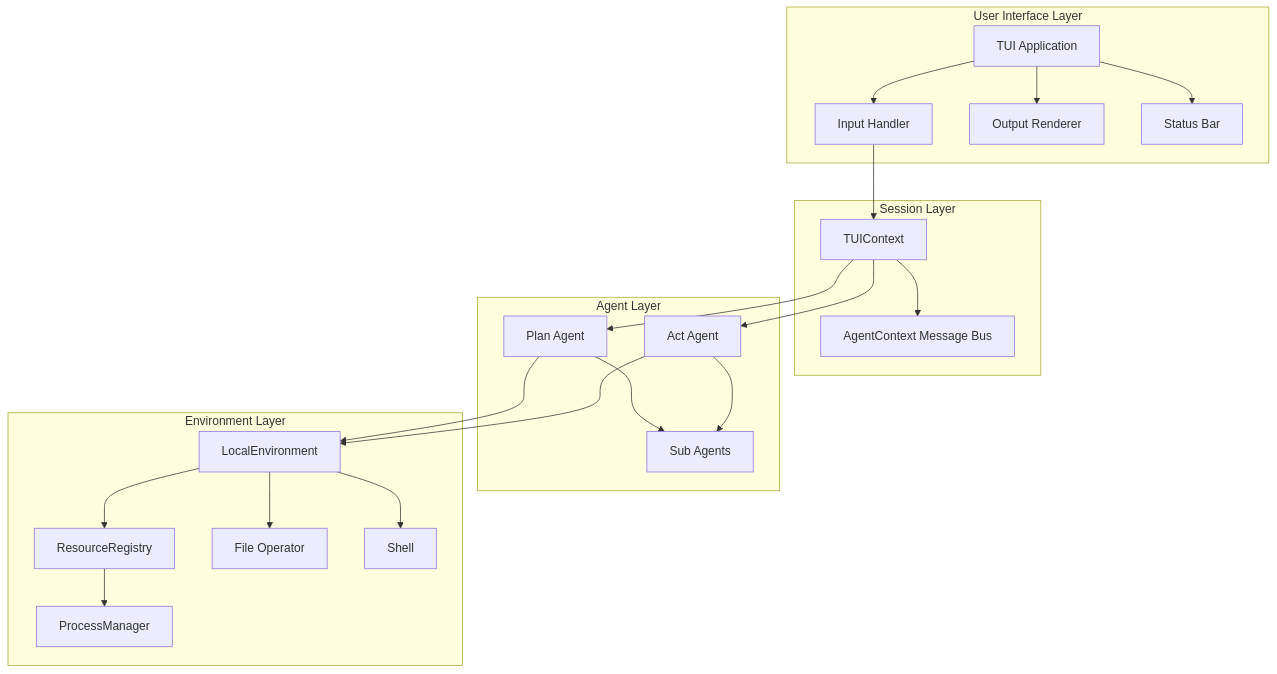
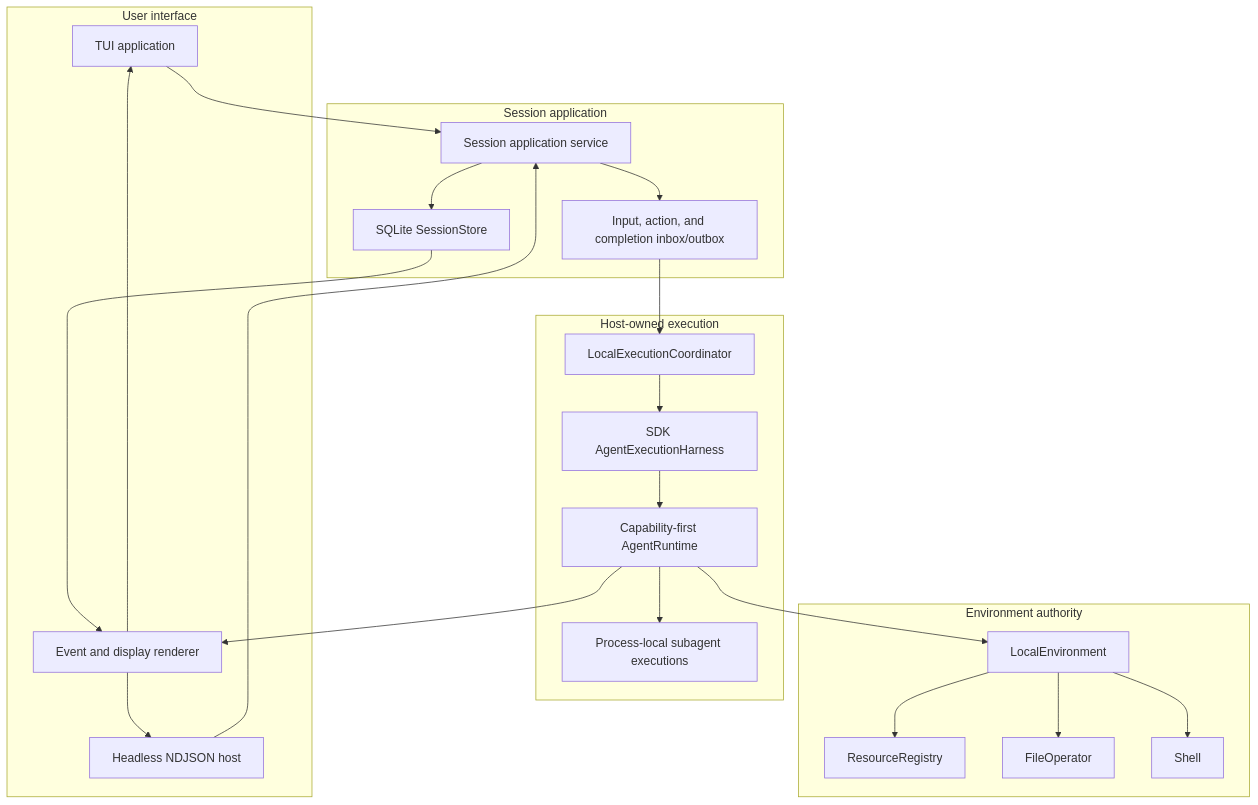
The diagram in packages/yaacli/spec/00-overview.md (Wh1isper/ya-agent-sdk), drawn with Mermaid before and after one commit. The commit also changed other lines of this file and 446 other files, not shown here.

First line of the commit message:
feat(runtime): introduce capability-first agent runtime 2.0 (#396)

````diff
--- a/packages/yaacli/spec/00-overview.md
+++ b/packages/yaacli/spec/00-overview.md
@@ -19,44 +22,45 @@
 ```mermaid
-graph TB
-    subgraph "User Interface Layer"
-        TUI[TUI Application]
-        Input[Input Handler]
-        Output[Output Renderer]
-        StatusBar[Status Bar]
+flowchart TB
+    subgraph UI[User interface]
+        TUI[TUI application]
+        Headless[Headless NDJSON host]
+        Render[Event and display renderer]
     end
 
-    subgraph "Session Layer"
-        TUIContext[TUIContext]
-        MessageBus[AgentContext Message Bus]
+    subgraph Product[Session application]
+        Service[Session application service]
+        Store[SQLite SessionStore]
+        Inbox[Input, action, and completion inbox/outbox]
     end
 
-    subgraph "Agent Layer"
-        PlanAgent[Plan Agent]
-        ActAgent[Act Agent]
-        SubAgents[Sub Agents]
+    subgraph Execution[Host-owned execution]
+        Coordinator[LocalExecutionCoordinator]
+        Harness[SDK AgentExecutionHarness]
+        Runtime[Capability-first AgentRuntime]
+        Children[Process-local subagent executions]
     end
 
-    subgraph "Environment Layer"
+    subgraph Environment[Environment authority]
         LocalEnv[LocalEnvironment]
         Resources[ResourceRegistry]
-        ProcessManager[ProcessManager]
-        FileOperator[File Operator]
+        FileOperator[FileOperator]
         Shell[Shell]
     end
 
-    TUI --> Input
-    TUI --> Output
-    TUI --> StatusBar
-    Input --> TUIContext
-    TUIContext --> MessageBus
-    TUIContext --> PlanAgent
-    TUIContext --> ActAgent
-    PlanAgent --> SubAgents
-    ActAgent --> SubAgents
-    PlanAgent --> LocalEnv
-    ActAgent --> LocalEnv
+    TUI --> Service
+    Headless --> Service
+    Service --> Store
+    Service --> Inbox
+    Inbox --> Coordinator
+    Coordinator --> Harness
+    Harness --> Runtime
+    Runtime --> Children
+    Runtime --> LocalEnv
     LocalEnv --> Resources
-    Resources --> ProcessManager
     LocalEnv --> FileOperator
     LocalEnv --> Shell
+    Store --> Render
+    Runtime --> Render
+    Render --> TUI
+    Render --> Headless
 ```
````
